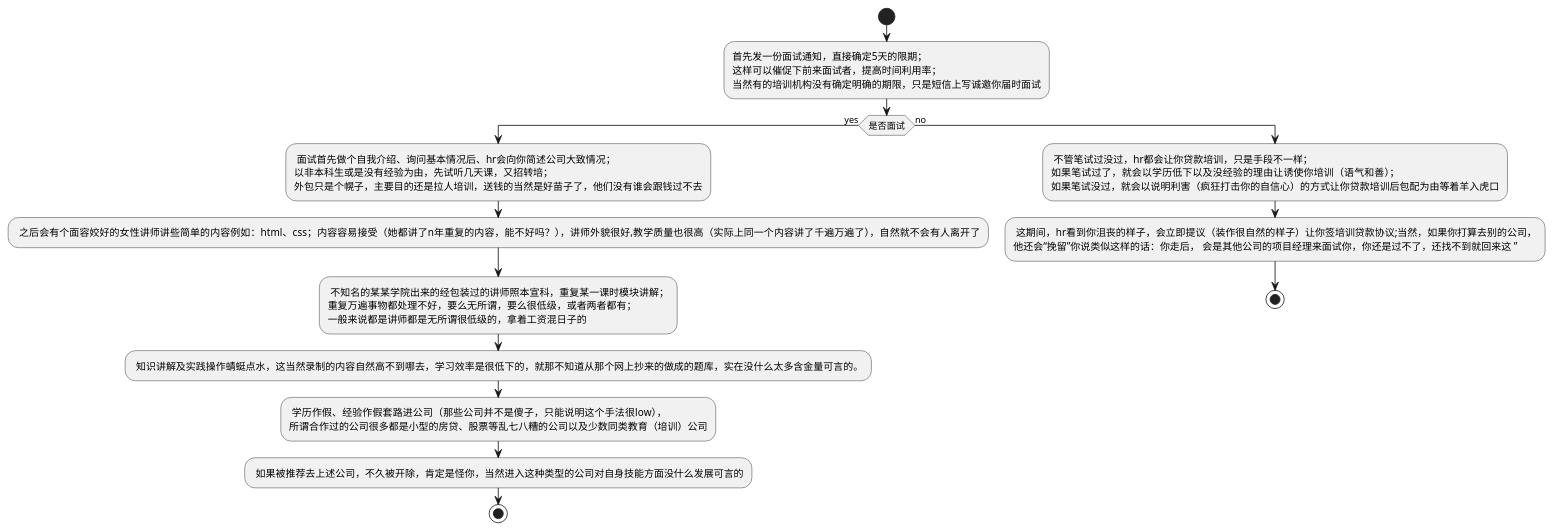
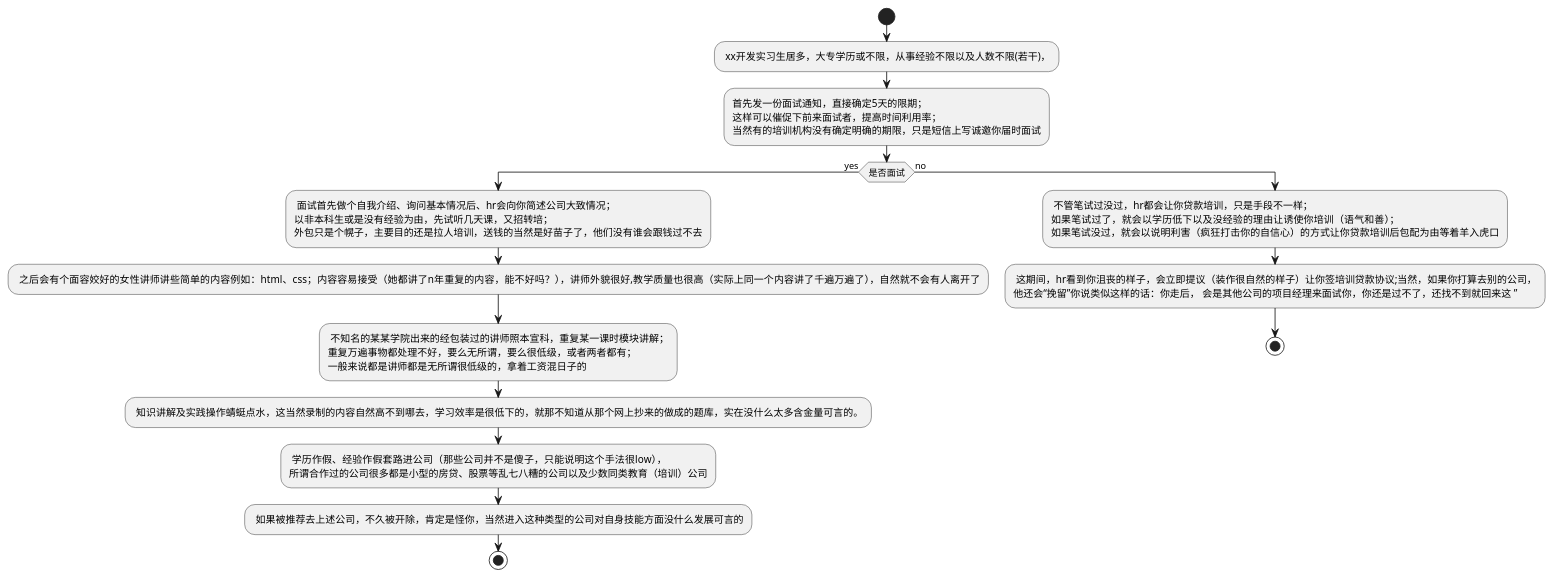
The diagram in 培训机构运转流程图.wsd (qwer123369/luckyEXP), drawn with PlantUML before and after one commit.

```diff
--- a/培训机构运转流程图.wsd
+++ b/培训机构运转流程图.wsd
@@ -1,38 +1,41 @@
 @startuml
 start
+
+: xx开发实习生居多，大专学历或不限，从事经验不限以及人数不限(若干)，;
+
 :首先发一份面试通知，直接确定5天的限期；
 这样可以催促下前来面试者，提高时间利用率；
 当然有的培训机构没有确定明确的期限，只是短信上写诚邀你届时面试;
 
 if(是否面试) then (yes)
 
 : 面试首先做个自我介绍、询问基本情况后、hr会向你简述公司大致情况；
 以非本科生或是没有经验为由，先试听几天课，又招转培；
 外包只是个幌子，主要目的还是拉人培训，送钱的当然是好苗子了，他们没有谁会跟钱过不去;
 
 : 之后会有个面容姣好的女性讲师讲些简单的内容例如：html、css；内容容易接受（她都讲了n年重复的内容，能不好吗？），讲师外貌很好,教学质量也很高（实际上同一个内容讲了千遍万遍了），自然就不会有人离开了;
 
 : 不知名的某某学院出来的经包装过的讲师照本宣科，重复某一课时模块讲解；
 重复万遍事物都处理不好，要么无所谓，要么很低级，或者两者都有；
 一般来说都是讲师都是无所谓很低级的，拿着工资混日子的;
 
 : 知识讲解及实践操作蜻蜓点水，这当然录制的内容自然高不到哪去，学习效率是很低下的，就那不知道从那个网上抄来的做成的题库，实在没什么太多含金量可言的。;
 
 : 学历作假、经验作假套路进公司（那些公司并不是傻子，只能说明这个手法很low），
 所谓合作过的公司很多都是小型的房贷、股票等乱七八糟的公司以及少数同类教育（培训）公司;
 
 : 如果被推荐去上述公司，不久被开除，肯定是怪你，当然进入这种类型的公司对自身技能方面没什么发展可言的;
 
 stop
 
 else (no)
 : 不管笔试过没过，hr都会让你贷款培训，只是手段不一样；
 如果笔试过了，就会以学历低下以及没经验的理由让诱使你培训（语气和善）；
 如果笔试没过，就会以说明利害（疯狂打击你的自信心）的方式让你贷款培训后包配为由等着羊入虎口;
 
 : 这期间，hr看到你沮丧的样子，会立即提议（装作很自然的样子）让你签培训贷款协议;当然，如果你打算去别的公司，
 他还会“挽留”你说类似这样的话：你走后， 会是其他公司的项目经理来面试你，你还是过不了，还找不到就回来这 ”;
 
 
 stop
 @enduml
```
